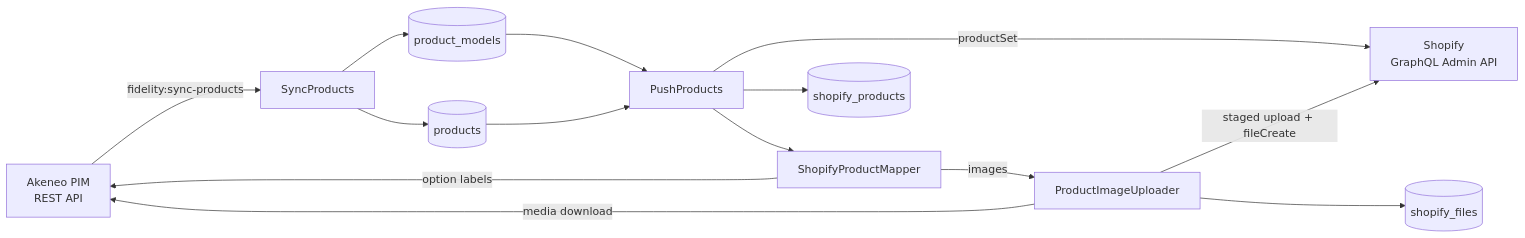
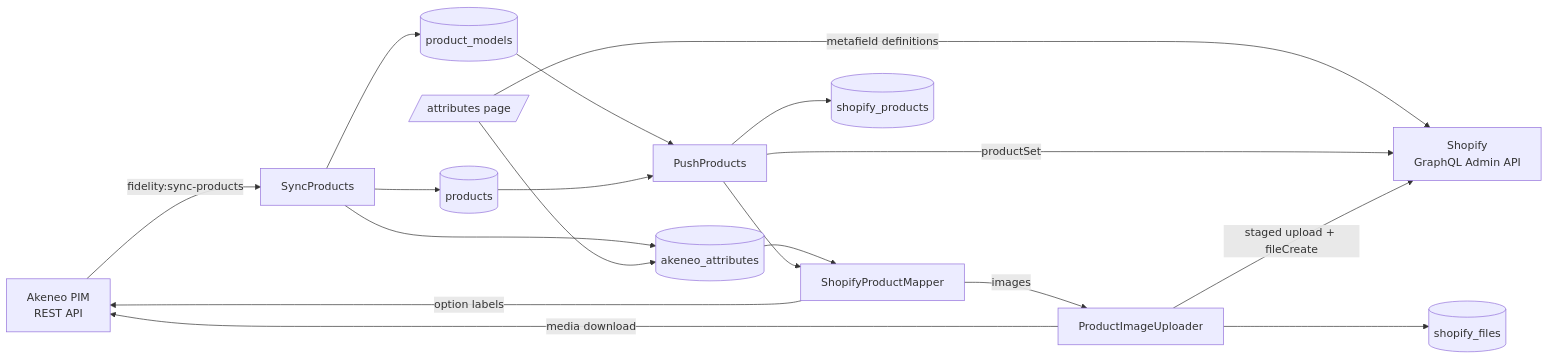
Before and after one commit to Tsihoarana93/connector-akeneo-shopify: the diagram in docs/architecture.md, drawn with Mermaid. The commit also changed other lines of this file and 46 other files, not shown here.

````diff
--- a/docs/architecture.md
+++ b/docs/architecture.md
@@ -3,16 +3,20 @@
 ```mermaid
 flowchart LR
     A[Akeneo PIM<br/>REST API] -->|fidelity:sync-products| S[SyncProducts]
+    S --> AA[(akeneo_attributes)]
+    AA --> M
+    UI[/attributes page/] -->|metafield definitions| SH
+    UI --> AA
     S --> PM[(product_models)]
     S --> P[(products)]
     PM --> PU[PushProducts]
     P --> PU
     PU --> M[ShopifyProductMapper]
     M -->|option labels| A
     PU -->|productSet| SH[Shopify<br/>GraphQL Admin API]
     M -->|images| IU[ProductImageUploader]
     IU -->|media download| A
     IU -->|staged upload + fileCreate| SH
     IU --> SF[(shopify_files)]
     PU --> SP[(shopify_products)]
 ```
````
